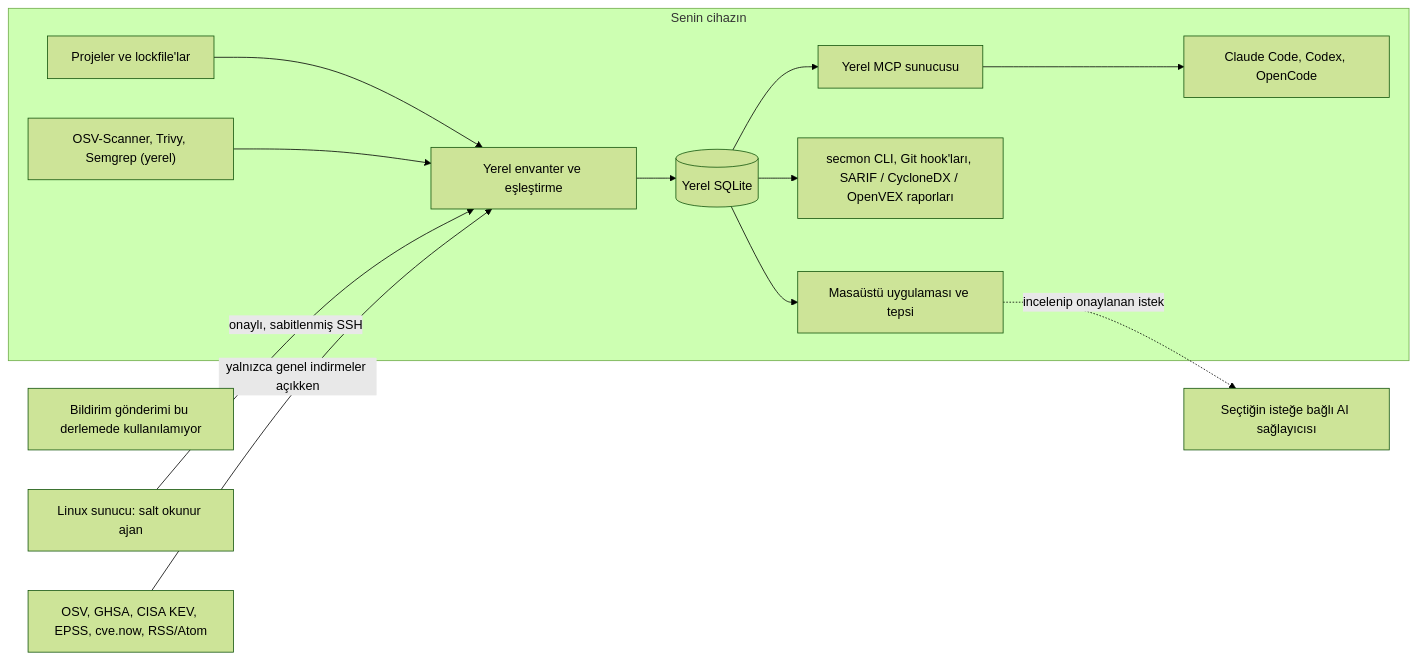
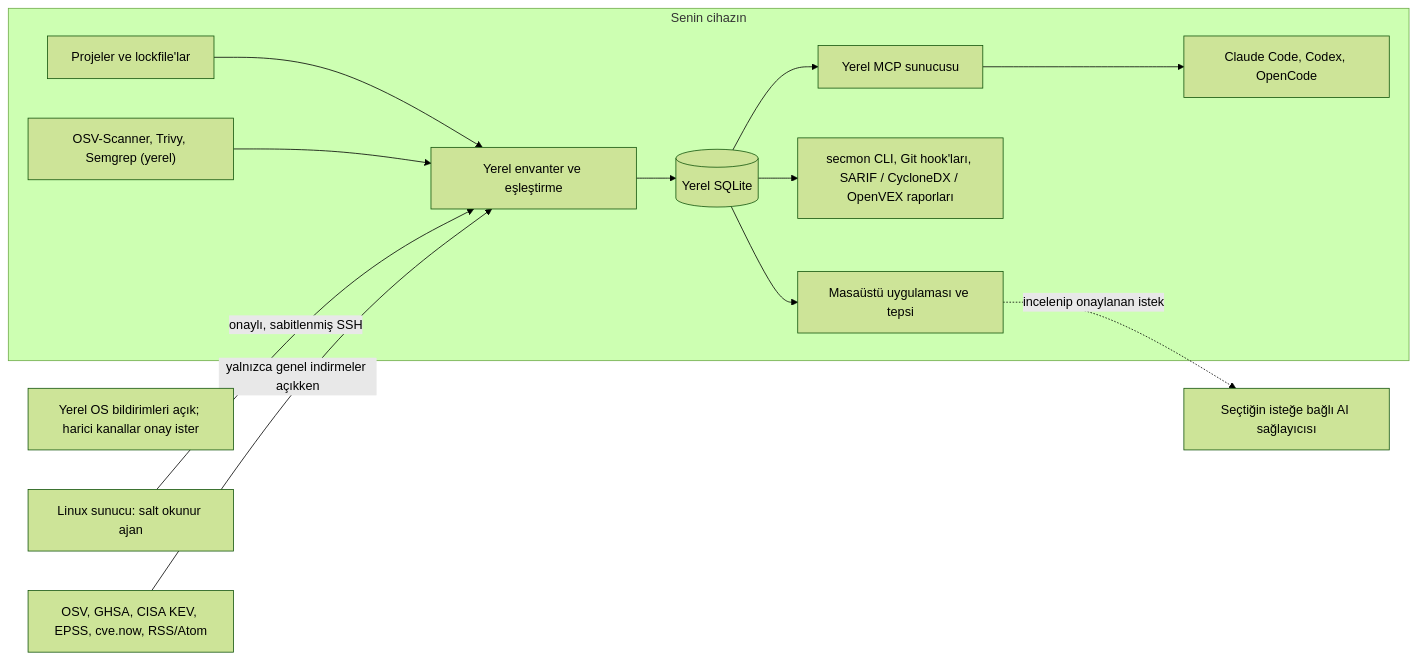
The diagram in README.tr.md (umitaltinozzz/security-monitor), drawn with Mermaid (forest theme) before and after one commit. The commit also changed 40 other files, not shown here.

````diff
--- a/README.tr.md
+++ b/README.tr.md
@@ -55,16 +55,16 @@
 ```mermaid
 flowchart LR
   subgraph Device["Senin cihazın"]
     Repo["Projeler ve lockfile'lar"] --> Engine["Yerel envanter ve eşleştirme"]
     Scanners["OSV-Scanner, Trivy, Semgrep (yerel)"] --> Engine
     Engine --> Store[("Yerel SQLite")]
     Store --> Desktop["Masaüstü uygulaması ve tepsi"]
     Store --> CLI["secmon CLI, Git hook'ları, SARIF / CycloneDX / OpenVEX raporları"]
     Store --> MCP["Yerel MCP sunucusu"]
     MCP --> Agents["Claude Code, Codex, OpenCode"]
   end
   Server["Linux sunucu: salt okunur ajan"] -- "onaylı, sabitlenmiş SSH" --> Engine
   Feeds["OSV, GHSA, CISA KEV, EPSS, cve.now, RSS/Atom"] -- "yalnızca genel indirmeler açıkken" --> Engine
   Desktop -. "incelenip onaylanan istek" .-> AI["Seçtiğin isteğe bağlı AI sağlayıcısı"]
-  Notify["Bildirim gönderimi bu derlemede kullanılamıyor"]
+  Notify["Yerel OS bildirimleri açık; harici kanallar onay ister"]
 ```
````
